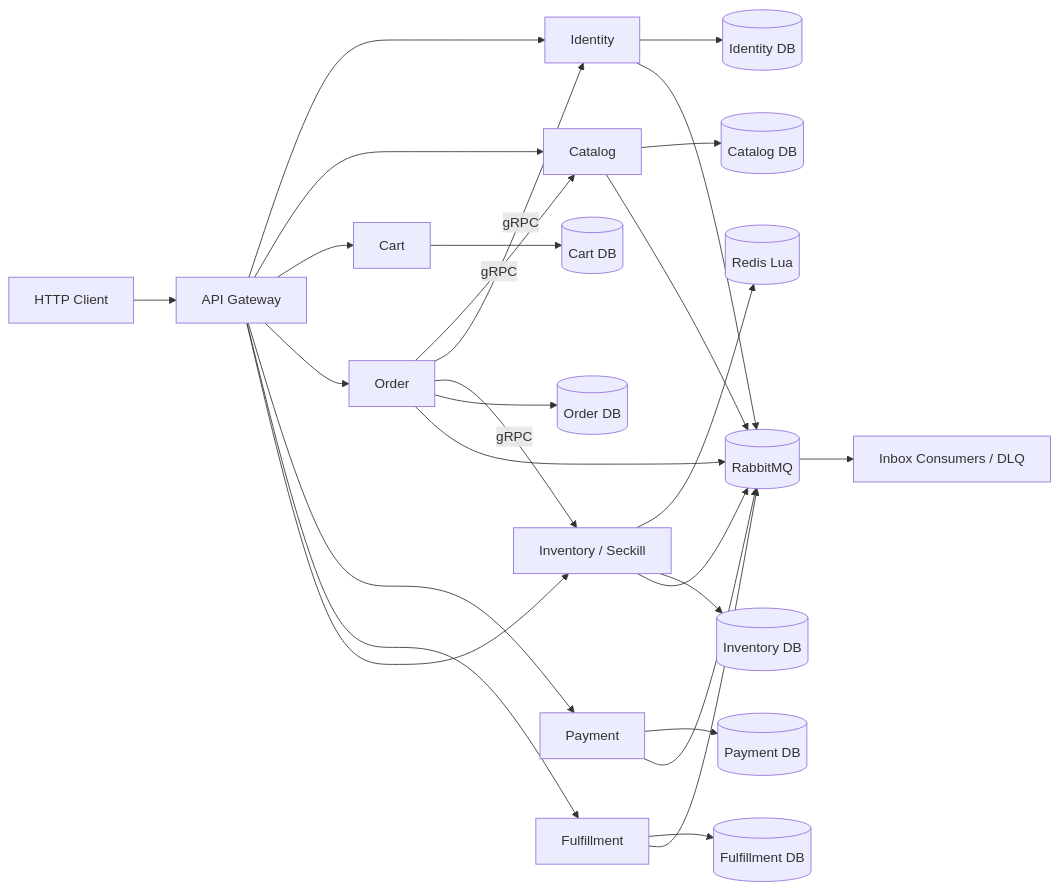
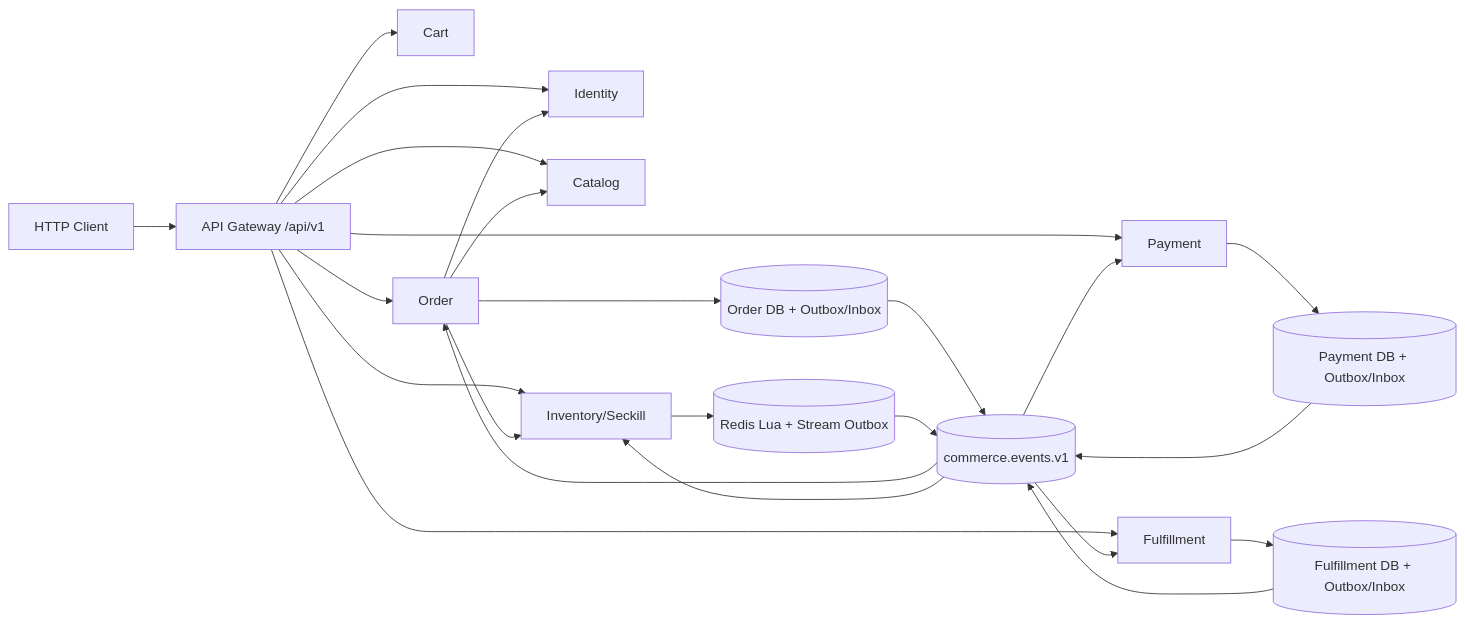
Before and after one commit to Kxa42/seckill-mall: the diagram in helloagents/wiki/arch.md, drawn with Mermaid. The commit also changed other lines of this file and 143 other files, not shown here.

````diff
--- a/helloagents/wiki/arch.md
+++ b/helloagents/wiki/arch.md
@@ -43,29 +5,26 @@
 ```mermaid
 flowchart LR
-    Client[HTTP Client] --> Gateway[API Gateway]
+    Client[HTTP Client] --> Gateway[API Gateway /api/v1]
     Gateway --> Identity[Identity]
     Gateway --> Catalog[Catalog]
     Gateway --> Cart[Cart]
     Gateway --> Order[Order]
     Gateway --> Payment[Payment]
     Gateway --> Fulfillment[Fulfillment]
-    Gateway --> Inventory[Inventory / Seckill]
-    Order -->|gRPC| Catalog
-    Order -->|gRPC| Identity
-    Order -->|gRPC| Inventory
-    Inventory --> Redis[(Redis Lua)]
-    Identity --> IDDB[(Identity DB)]
-    Catalog --> CatDB[(Catalog DB)]
-    Cart --> CartDB[(Cart DB)]
-    Order --> OrderDB[(Order DB)]
-    Payment --> PayDB[(Payment DB)]
-    Fulfillment --> ShipDB[(Fulfillment DB)]
-    Inventory --> InvDB[(Inventory DB)]
-    Identity --> MQ[(RabbitMQ)]
-    Catalog --> MQ
-    Inventory --> MQ
-    Order --> MQ
-    Payment --> MQ
-    Fulfillment --> MQ
-    MQ --> Consumers[Inbox Consumers / DLQ]
+    Gateway --> Inventory[Inventory/Seckill]
+    Order --> Catalog
+    Order --> Identity
+    Order --> Inventory
+    Order --> ODB[(Order DB + Outbox/Inbox)]
+    Payment --> PDB[(Payment DB + Outbox/Inbox)]
+    Fulfillment --> FDB[(Fulfillment DB + Outbox/Inbox)]
+    Inventory --> Redis[(Redis Lua + Stream Outbox)]
+    ODB --> MQ[(commerce.events.v1)]
+    PDB --> MQ
+    FDB --> MQ
+    Redis --> MQ
+    MQ --> Order
+    MQ --> Payment
+    MQ --> Inventory
+    MQ --> Fulfillment
 ```
````
